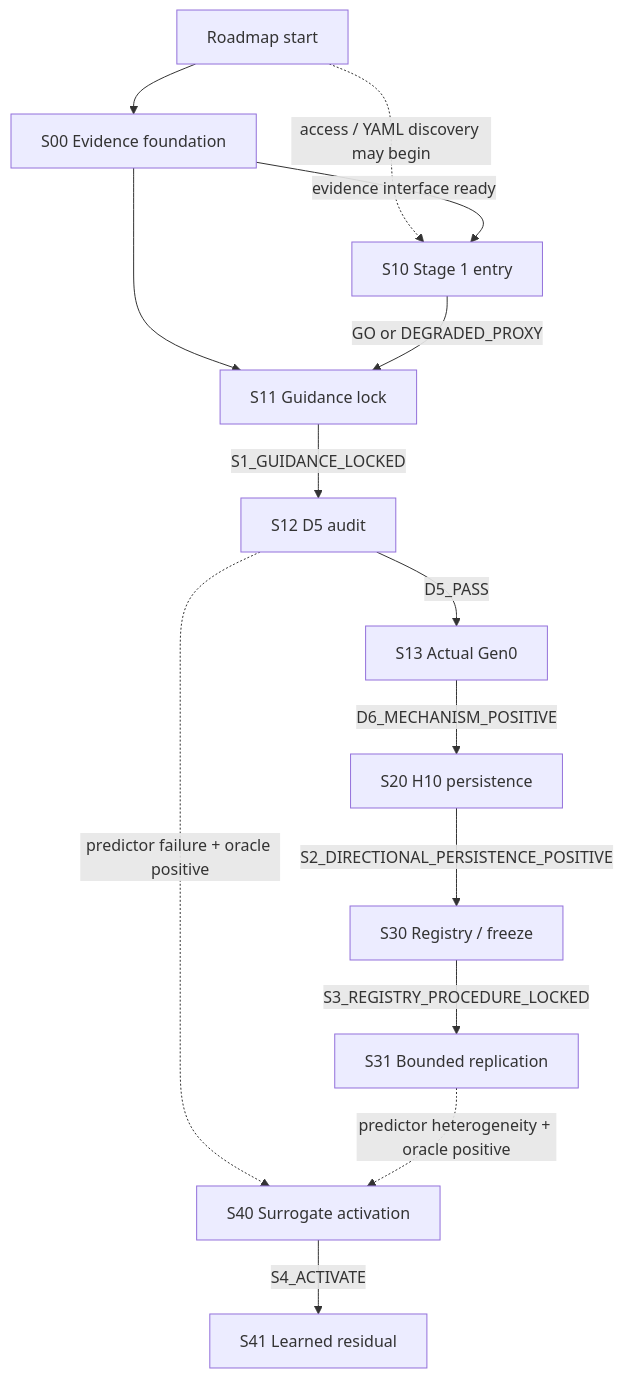
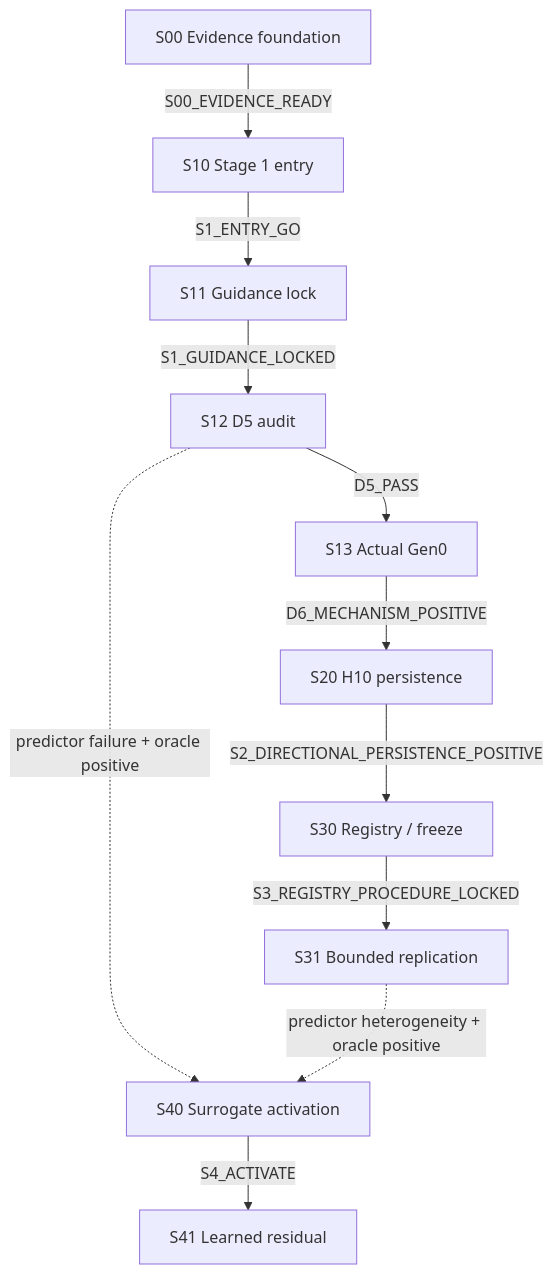
Before and after one commit to ppalee1217/rocm-libraries: the diagram in study_docs/research/ductile-origami-warmstart-experiment-plan.md, drawn with Mermaid. The commit also changed other lines of this file and 53 other files, not shown here.

````diff
--- a/study_docs/research/ductile-origami-warmstart-experiment-plan.md
+++ b/study_docs/research/ductile-origami-warmstart-experiment-plan.md
@@ -48,28 +46,24 @@
 ```mermaid
 flowchart TD
-  start["Roadmap start"]
   s00["S00 Evidence foundation"]
   s10["S10 Stage 1 entry"]
   s11["S11 Guidance lock"]
   s12["S12 D5 audit"]
   s13["S13 Actual Gen0"]
   s20["S20 H10 persistence"]
   s30["S30 Registry / freeze"]
   s31["S31 Bounded replication"]
   s40["S40 Surrogate activation"]
   s41["S41 Learned residual"]
 
-  start --> s00
-  start -. "access / YAML discovery may begin" .-> s10
-  s00 -->|"evidence interface ready"| s10
-  s00 --> s11
-  s10 -->|"GO or DEGRADED_PROXY"| s11
+  s00 -->|"S00_EVIDENCE_READY"| s10
+  s10 -->|"S1_ENTRY_GO"| s11
   s11 -->|"S1_GUIDANCE_LOCKED"| s12
   s12 -->|"D5_PASS"| s13
   s13 -->|"D6_MECHANISM_POSITIVE"| s20
   s20 -->|"S2_DIRECTIONAL_PERSISTENCE_POSITIVE"| s30
   s30 -->|"S3_REGISTRY_PROCEDURE_LOCKED"| s31
   s12 -. "predictor failure + oracle positive" .-> s40
   s31 -. "predictor heterogeneity + oracle positive" .-> s40
   s40 -->|"S4_ACTIVATE"| s41
 ```
````
